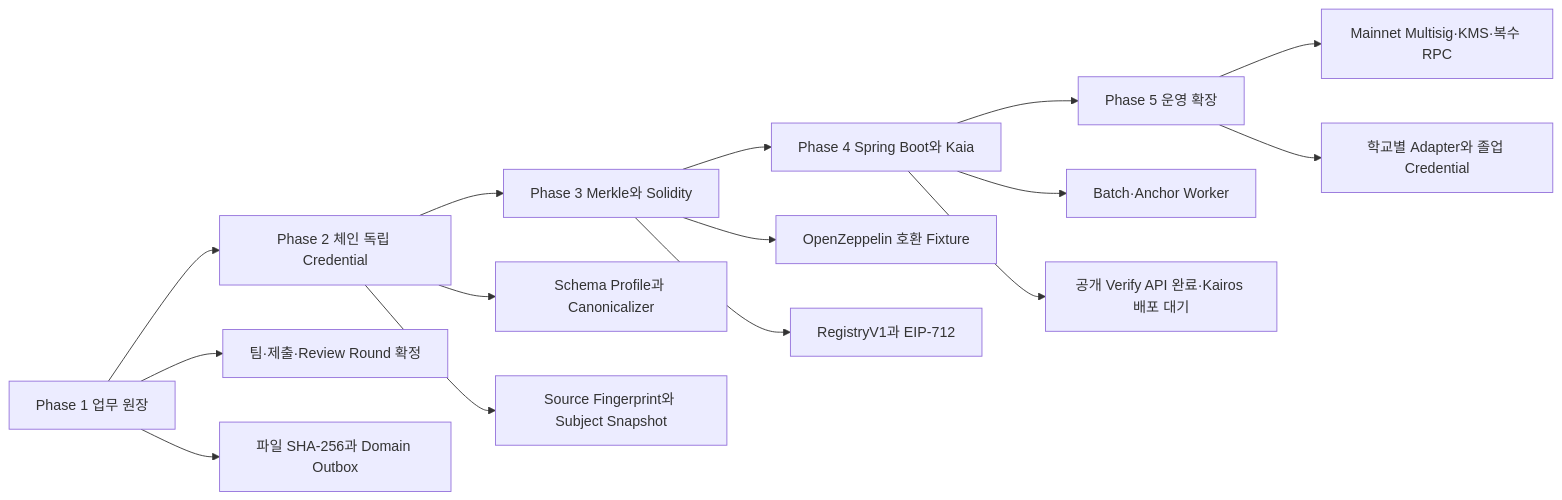
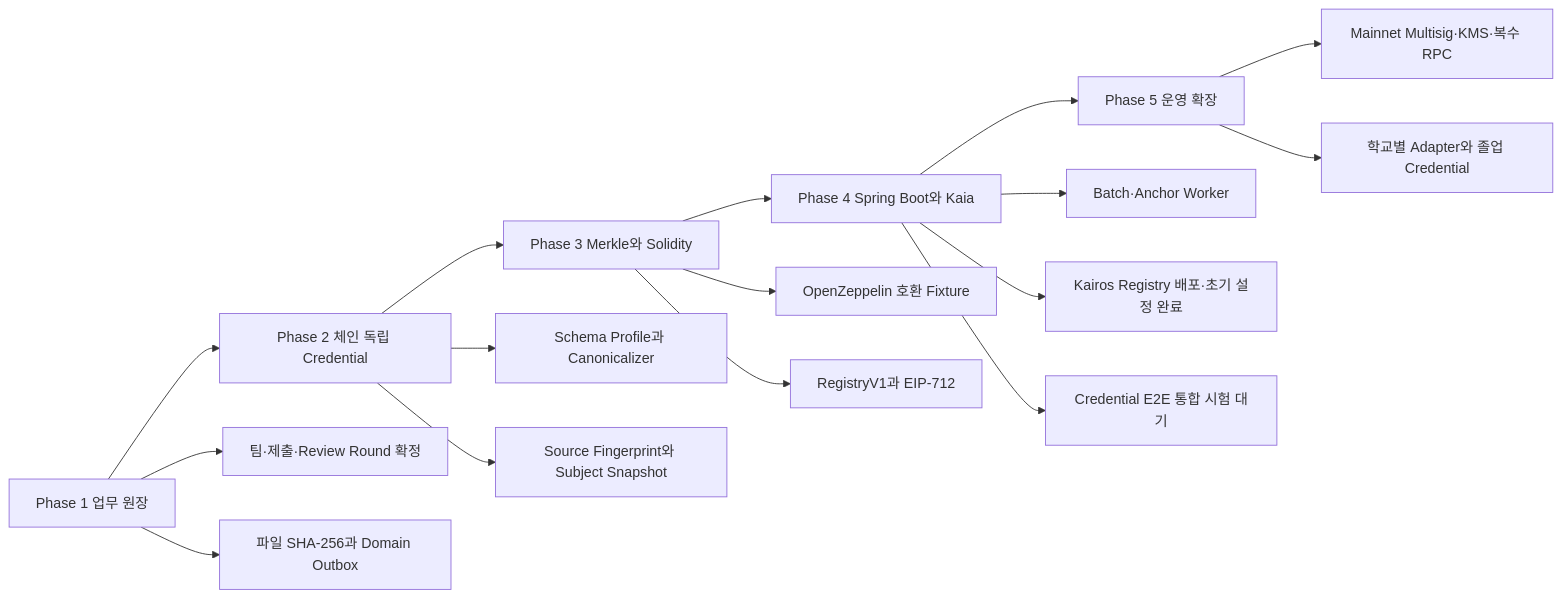
One commit to Tok-Baro/Trekkey_BackEnd changed diagram 21 of 22 in docs/architecture-diagrams.md. Above: the diagram before and after it, drawn with Mermaid. The commit also changed 16 other files, not shown here.

````diff
--- a/docs/architecture-diagrams.md
+++ b/docs/architecture-diagrams.md
@@ -594,18 +594,19 @@
 ```mermaid
 flowchart LR
     phase1["Phase 1 업무 원장"] --> phase2["Phase 2 체인 독립 Credential"]
     phase2 --> phase3["Phase 3 Merkle와 Solidity"]
     phase3 --> phase4["Phase 4 Spring Boot와 Kaia"]
     phase4 --> phase5["Phase 5 운영 확장"]
 
     phase1 --> p1a["팀·제출·Review Round 확정"]
     phase1 --> p1b["파일 SHA-256과 Domain Outbox"]
     phase2 --> p2a["Schema Profile과 Canonicalizer"]
     phase2 --> p2b["Source Fingerprint와 Subject Snapshot"]
     phase3 --> p3a["OpenZeppelin 호환 Fixture"]
     phase3 --> p3b["RegistryV1과 EIP-712"]
     phase4 --> p4a["Batch·Anchor Worker"]
-    phase4 --> p4b["공개 Verify API 완료·Kairos 배포 대기"]
+    phase4 --> p4b["Kairos Registry 배포·초기 설정 완료"]
+    phase4 --> p4c["Credential E2E 통합 시험 대기"]
     phase5 --> p5a["Mainnet Multisig·KMS·복수 RPC"]
     phase5 --> p5b["학교별 Adapter와 졸업 Credential"]
 ```
````
